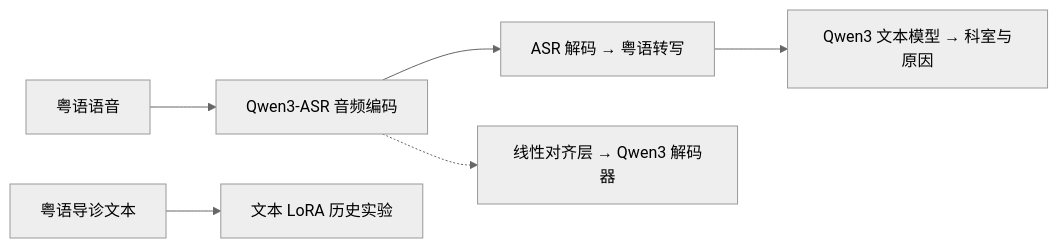
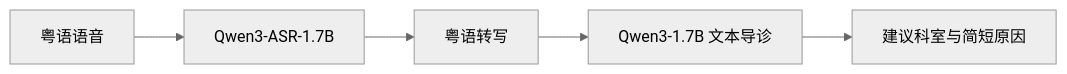
One commit to JocyRose/AI-CantoTriage changed the diagram in README.md. Above: the diagram before and after it, drawn with Mermaid (neutral theme). The commit also changed other lines of this file, not shown here.

Commit message:
流程图修改

````diff
--- a/README.md
+++ b/README.md
@@ -10,8 +10,7 @@
 ```mermaid
 flowchart LR
-    A["粤语语音"] --> B["Qwen3-ASR 音频编码"]
-    B --> C["ASR 解码 → 粤语转写"]
-    C --> D["Qwen3 文本模型 → 科室与原因"]
-    B -.-> E["线性对齐层 → Qwen3 解码器"]
-    F["粤语导诊文本"] --> G["文本 LoRA 历史实验"]
+    A["粤语语音"] --> B["Qwen3-ASR-1.7B"]
+    B --> C["粤语转写"]
+    C --> D["Qwen3-1.7B 文本导诊"]
+    D --> E["建议科室与简短原因"]
 ```
````
